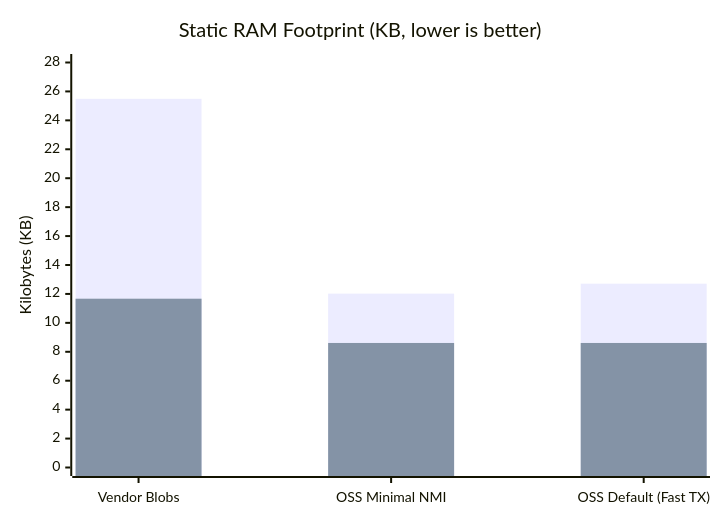
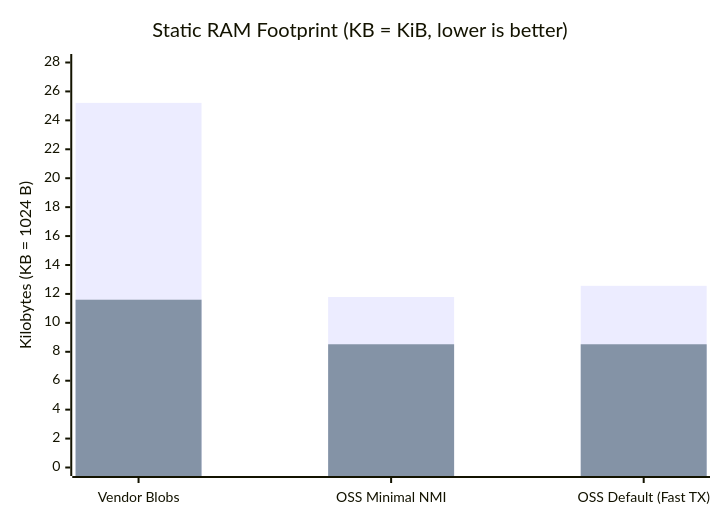
One commit to Adam5Wu/ESP8266_RTOS_SDK changed the third of 3 diagrams in components/esp8266/WIFI_DESIGN.md. Above: the diagram before and after it, drawn with Mermaid. The commit also changed other lines of this file and 20 other files, not shown here.

````diff
--- a/components/esp8266/WIFI_DESIGN.md
+++ b/components/esp8266/WIFI_DESIGN.md
@@ -162,8 +162,8 @@
 ```mermaid
 xychart-beta
-    title "Static RAM Footprint (KB, lower is better)"
+    title "Static RAM Footprint (KB = KiB, lower is better)"
     x-axis ["Vendor Blobs", "OSS Minimal NMI", "OSS Default (Fast TX)"]
-    y-axis "Kilobytes (KB)" 0 --> 28
-    bar [25.49, 12.02, 12.71]
-    bar [11.67, 8.61, 8.61]
+    y-axis "Kilobytes (KB = 1024 B)" 0 --> 28
+    bar [25.21, 11.79, 12.56]
+    bar [11.60, 8.52, 8.52]
 ```
````
